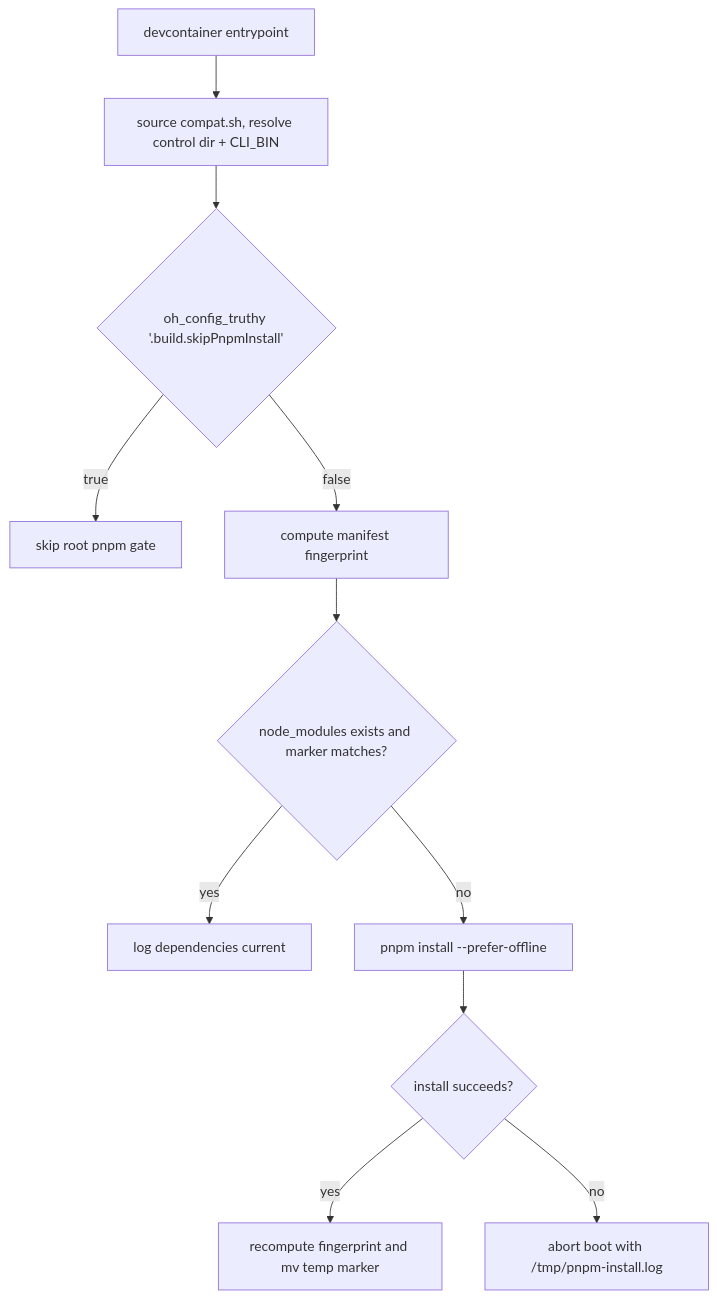
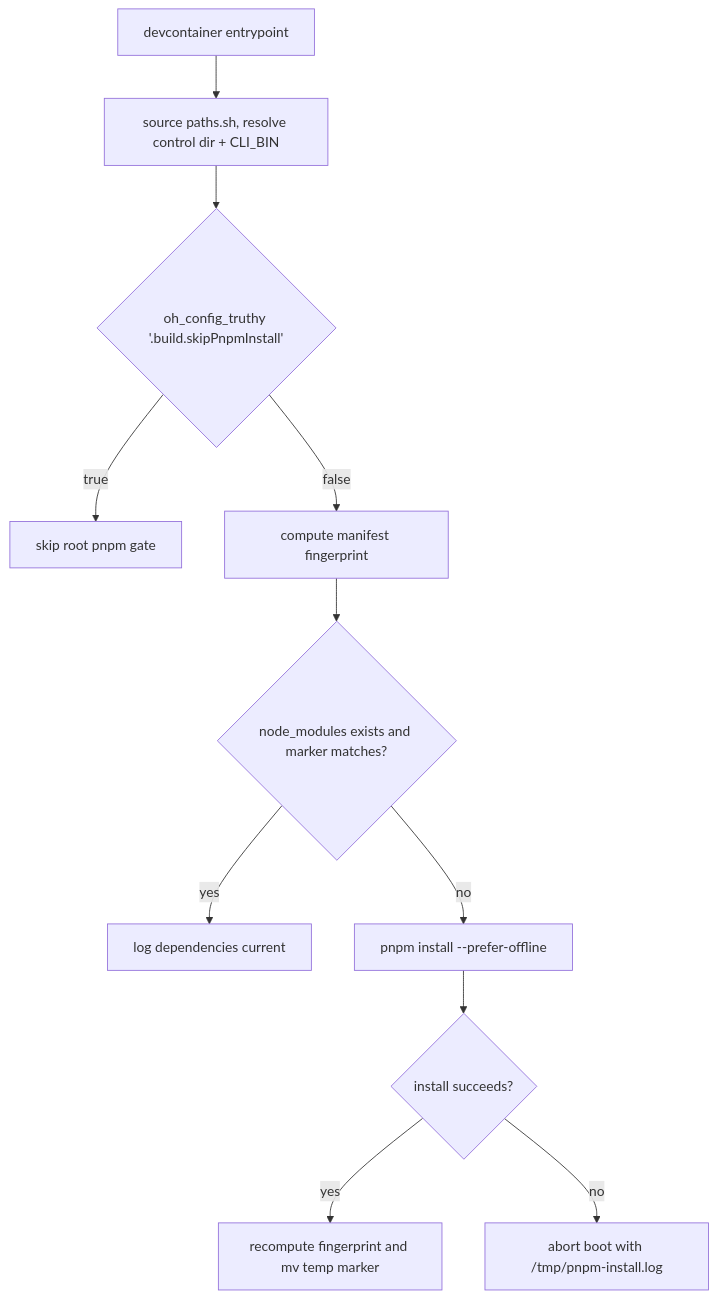
Before and after one commit to mifunedev/agro: the diagram in .agro/knowledge/source/sandbox-dependency-installs.md, drawn with Mermaid. The commit also changed other lines of this file and 304 other files, not shown here.

````diff
--- a/.agro/knowledge/source/sandbox-dependency-installs.md
+++ b/.agro/knowledge/source/sandbox-dependency-installs.md
@@ -41,13 +41,13 @@
 ```mermaid
 flowchart TD
-  A[devcontainer entrypoint] --> A2[source compat.sh, resolve control dir + CLI_BIN]
+  A[devcontainer entrypoint] --> A2[source paths.sh, resolve control dir + CLI_BIN]
   A2 --> B{"oh_config_truthy '.build.skipPnpmInstall'"}
   B -->|true| C[skip root pnpm gate]
   B -->|false| D[compute manifest fingerprint]
   D --> E{node_modules exists and marker matches?}
   E -->|yes| F[log dependencies current]
   E -->|no| G[pnpm install --prefer-offline]
   G --> H{install succeeds?}
   H -->|yes| I[recompute fingerprint and mv temp marker]
   H -->|no| J[abort boot with /tmp/pnpm-install.log]
 ```
````
